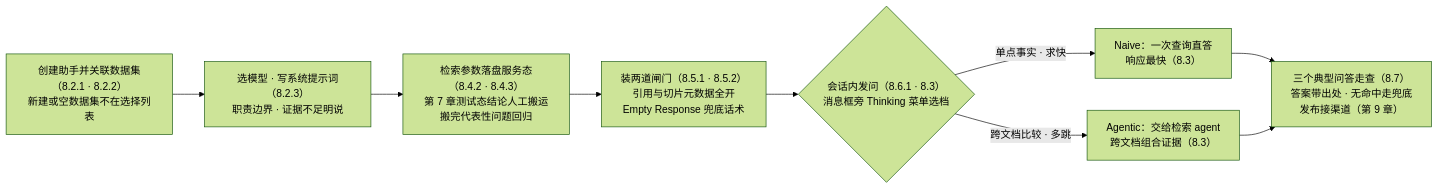
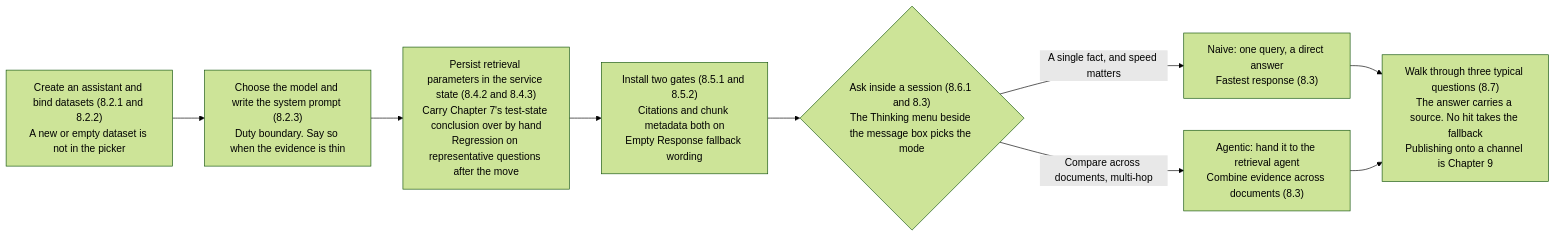
One commit to ybak/ai-tutorial changed the first of 2 diagrams in books/ragflow/en/chapters/08-chat-assistant.md. Above: the diagram before and after it, drawn with Mermaid (forest theme). The commit also changed other lines of this file and 16 other files, not shown here.

First line of the commit message:
docs(ragflow): 按审阅改英文图、注释和正文

````diff
--- a/books/ragflow/en/chapters/08-chat-assistant.md
+++ b/books/ragflow/en/chapters/08-chat-assistant.md
@@ -11,11 +11,11 @@
 ```mermaid
 flowchart LR
-    A["创建助手并关联数据集（8.2.1 · 8.2.2）<br/>新建或空数据集不在选择列表"] --> B["选模型 · 写系统提示词（8.2.3）<br/>职责边界 · 证据不足明说"]
-    B --> C["检索参数落盘服务态（8.4.2 · 8.4.3）<br/>第 7 章测试态结论人工搬运<br/>搬完代表性问题回归"]
-    C --> D["装两道闸门（8.5.1 · 8.5.2）<br/>引用与切片元数据全开<br/>Empty Response 兜底话术"]
-    D --> E{"会话内发问（8.6.1 · 8.3）<br/>消息框旁 Thinking 菜单选档"}
-    E -->|"单点事实 · 求快"| F["Naive：一次查询直答<br/>响应最快（8.3）"]
-    E -->|"跨文档比较 · 多跳"| G["Agentic：交给检索 agent<br/>跨文档组合证据（8.3）"]
-    F --> H["三个典型问答走查（8.7）<br/>答案带出处 · 无命中走兜底<br/>发布接渠道（第 9 章）"]
+    A["Create an assistant and bind datasets (8.2.1 and 8.2.2)<br/>A new or empty dataset is not in the picker"] --> B["Choose the model and write the system prompt (8.2.3)<br/>Duty boundary. Say so when the evidence is thin"]
+    B --> C["Persist retrieval parameters in the service state (8.4.2 and 8.4.3)<br/>Carry Chapter 7's test-state conclusion over by hand<br/>Regression on representative questions after the move"]
+    C --> D["Install two gates (8.5.1 and 8.5.2)<br/>Citations and chunk metadata both on<br/>Empty Response fallback wording"]
+    D --> E{"Ask inside a session (8.6.1 and 8.3)<br/>The Thinking menu beside the message box picks the mode"}
+    E -->|"A single fact, and speed matters"| F["Naive: one query, a direct answer<br/>Fastest response (8.3)"]
+    E -->|"Compare across documents, multi-hop"| G["Agentic: hand it to the retrieval agent<br/>Combine evidence across documents (8.3)"]
+    F --> H["Walk through three typical questions (8.7)<br/>The answer carries a source. No hit takes the fallback<br/>Publishing onto a channel is Chapter 9"]
     G --> H
 ```
````
